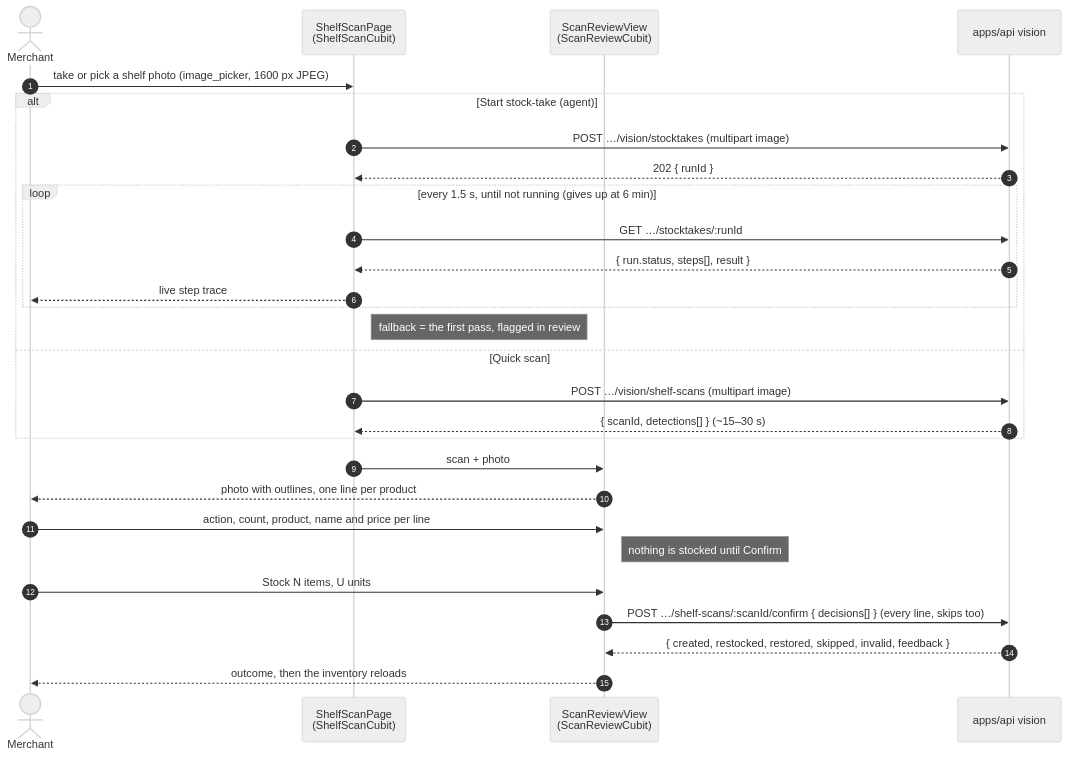
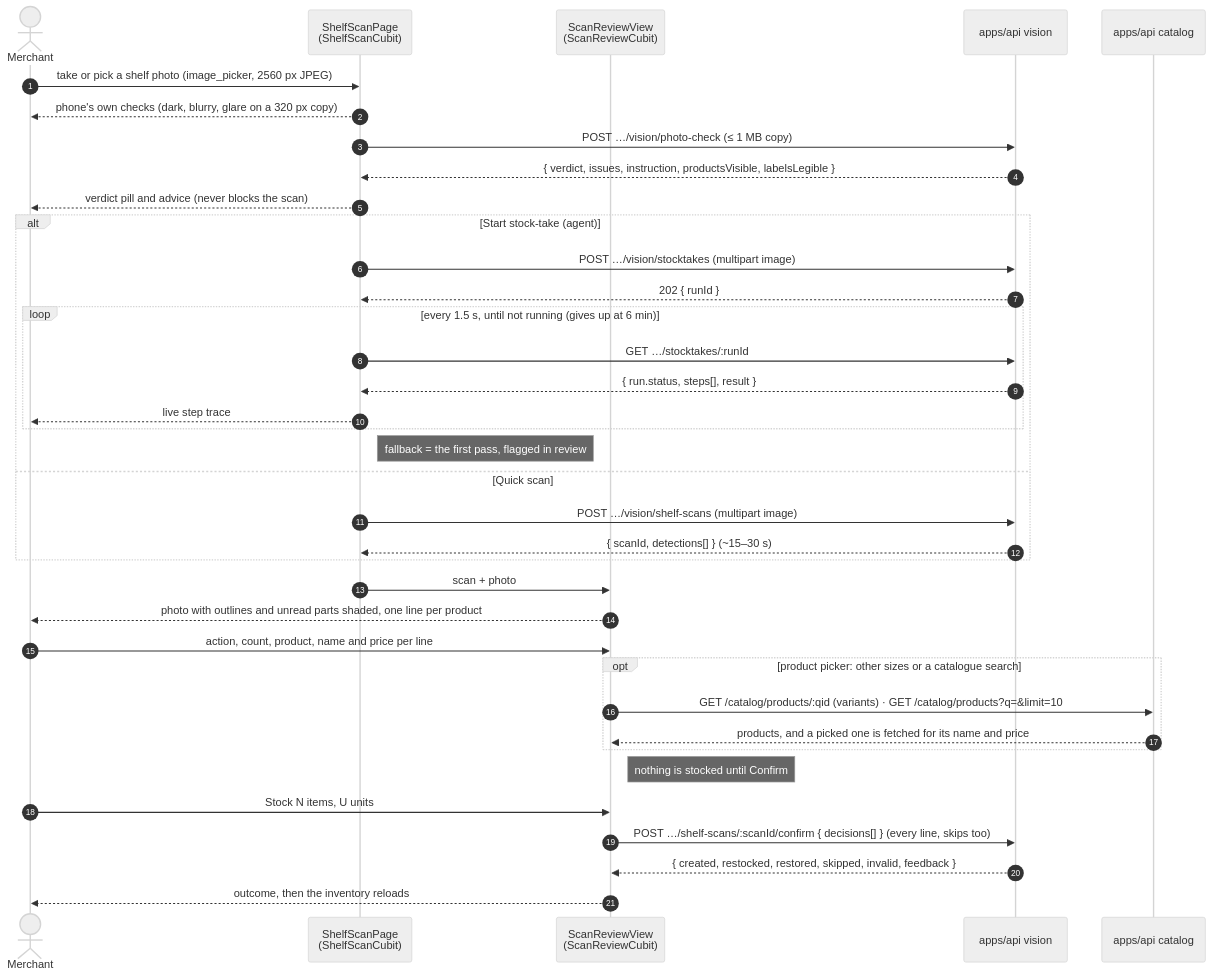
One commit to usecorehq/tally changed the diagram in docs/diagrams/mermaid/mobile-stocktake-sequence.mmd. Above: the diagram before and after it, drawn with Mermaid. The commit also changed 55 other files, not shown here.

```diff
--- a/docs/diagrams/mermaid/mobile-stocktake-sequence.mmd
+++ b/docs/diagrams/mermaid/mobile-stocktake-sequence.mmd
@@ -1,30 +1,39 @@
 %%{init: {"theme": "neutral"} }%%
 sequenceDiagram
     autonumber
     actor M as Merchant
     participant S as ShelfScanPage<br/>(ShelfScanCubit)
     participant R as ScanReviewView<br/>(ScanReviewCubit)
     participant A as apps/api vision
+    participant C as apps/api catalog
 
-    M->>S: take or pick a shelf photo (image_picker, 1600 px JPEG)
+    M->>S: take or pick a shelf photo (image_picker, 2560 px JPEG)
+    S-->>M: phone's own checks (dark, blurry, glare on a 320 px copy)
+    S->>A: POST …/vision/photo-check (≤ 1 MB copy)
+    A-->>S: { verdict, issues, instruction, productsVisible, labelsLegible }
+    S-->>M: verdict pill and advice (never blocks the scan)
     alt Start stock-take (agent)
         S->>A: POST …/vision/stocktakes (multipart image)
         A-->>S: 202 { runId }
         loop every 1.5 s, until not running (gives up at 6 min)
             S->>A: GET …/stocktakes/:runId
             A-->>S: { run.status, steps[], result }
             S-->>M: live step trace
         end
         Note right of S: fallback = the first pass, flagged in review
     else Quick scan
         S->>A: POST …/vision/shelf-scans (multipart image)
         A-->>S: { scanId, detections[] } (~15–30 s)
     end
     S->>R: scan + photo
-    R-->>M: photo with outlines, one line per product
+    R-->>M: photo with outlines and unread parts shaded, one line per product
     M->>R: action, count, product, name and price per line
+    opt product picker: other sizes or a catalogue search
+        R->>C: GET /catalog/products/:qid (variants) · GET /catalog/products?q=&limit=10
+        C-->>R: products, and a picked one is fetched for its name and price
+    end
     Note right of R: nothing is stocked until Confirm
     M->>R: Stock N items, U units
     R->>A: POST …/shelf-scans/:scanId/confirm { decisions[] } (every line, skips too)
     A-->>R: { created, restocked, restored, skipped, invalid, feedback }
     R-->>M: outcome, then the inventory reloads
```
